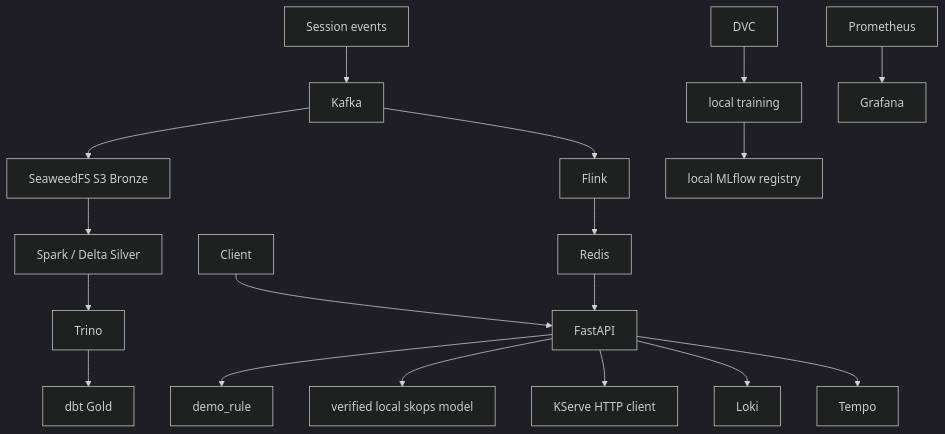
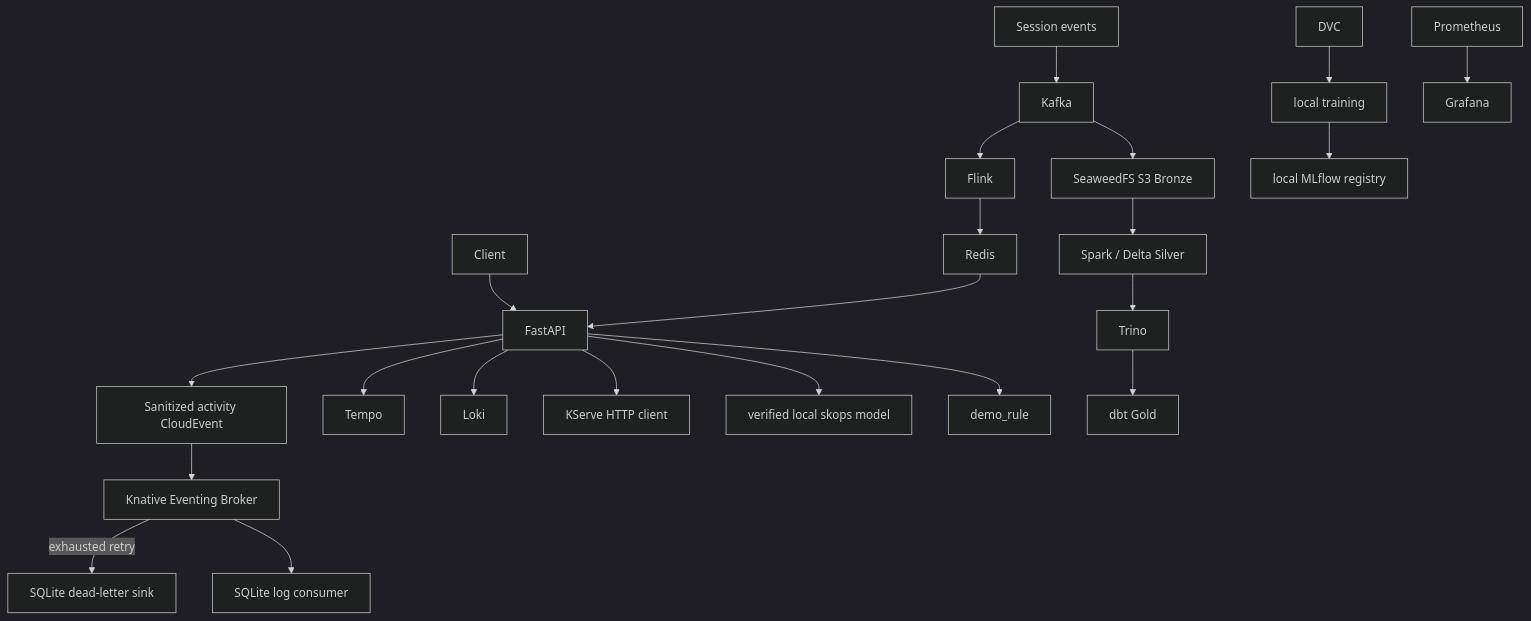
One commit to nhatminh06/personal-cognitive-load-monitor changed the diagram in docs/architecture.md. Above: the diagram before and after it, drawn with Mermaid (dark theme). The commit also changed other lines of this file and 24 other files, not shown here.

First line of the commit message:
Module III: add Knative Eventing inference activity capture (#15)

````diff
--- a/docs/architecture.md
+++ b/docs/architecture.md
@@ -5,18 +5,22 @@
 ```mermaid
 flowchart TB
     Client --> API[FastAPI]
     API --> Rule[demo_rule]
     API --> Local[verified local skops model]
     API --> KClient[KServe HTTP client]
     Events[Session events] --> Kafka
     Kafka --> Bronze[SeaweedFS S3 Bronze]
     Bronze --> Spark[Spark / Delta Silver]
     Spark --> Trino --> DBT[dbt Gold]
     Kafka --> Flink --> Redis
     Redis --> API
     DVC --> Train[local training]
     Train --> MLflow[local MLflow registry]
     Prom[Prometheus] --> Grafana
     API --> Loki
     API --> Tempo
+    API --> Activity[Sanitized activity CloudEvent]
+    Activity --> Broker[Knative Eventing Broker]
+    Broker --> EventLog[SQLite log consumer]
+    Broker -->|exhausted retry| EventDLQ[SQLite dead-letter sink]
 ```
````
